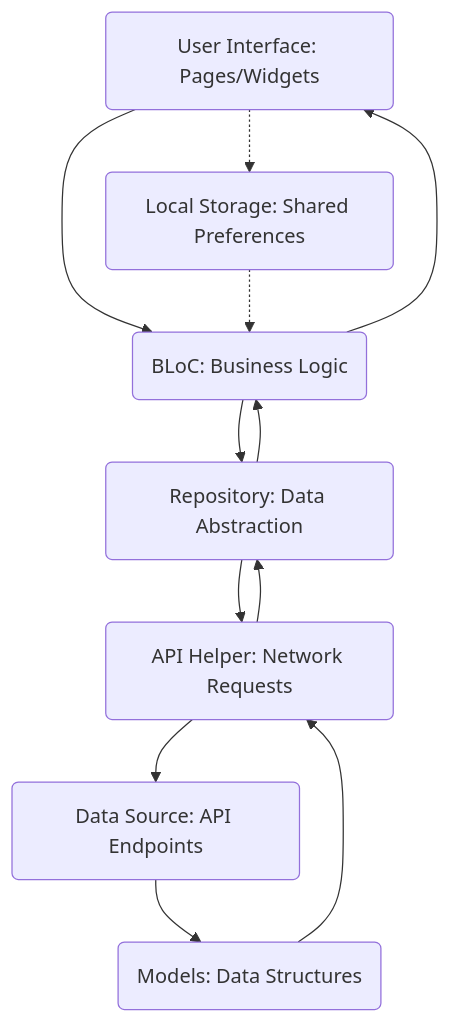
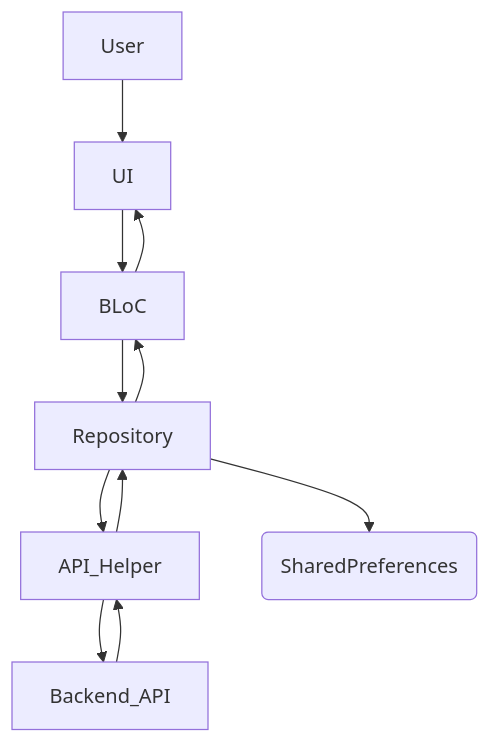
The diagram in README.md (cybersleuth0/FlutterEcom), drawn with Mermaid before and after one commit. The commit also changed other lines of this file, not shown here.

````diff
--- a/README.md
+++ b/README.md
@@ -27,14 +25,13 @@
 ```mermaid
 graph TD
-    UI(User Interface: Pages/Widgets) --> B(BLoC: Business Logic);
-    B --> R(Repository: Data Abstraction);
-    R --> APIH(API Helper: Network Requests);
-    APIH --> DS(Data Source: API Endpoints);
-    DS --> M(Models: Data Structures);
-    M --> APIH;
-    APIH --> R;
-    R --> B;
-    B --> UI;
-    UI -.-> LS(Local Storage: Shared Preferences);
-    LS -.-> B;
+    User --> UI
+    UI --> BLoC
+    BLoC --> Repository
+    Repository --> API_Helper
+    API_Helper --> Backend_API
+    Repository --> Local_Storage(SharedPreferences)
+    Backend_API --> API_Helper
+    API_Helper --> Repository
+    Repository --> BLoC
+    BLoC --> UI
 ```
````
